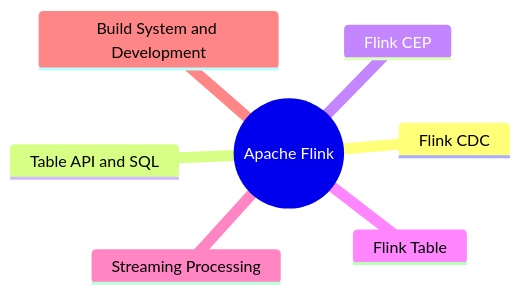
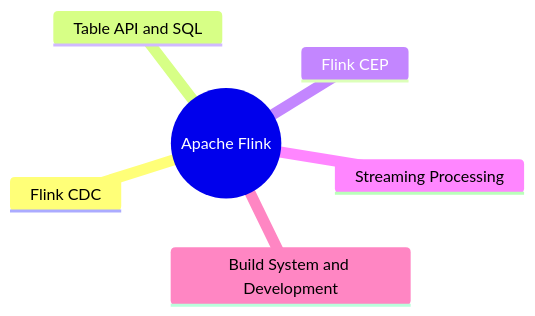
One commit to xuf-95/xufei.biz changed the diagram in content/bigdata/Apache Flink/index.md. Above: the diagram before and after it, drawn with Mermaid. The commit also changed 3 other files, not shown here.

````diff
--- a/content/bigdata/Apache Flink/index.md
+++ b/content/bigdata/Apache Flink/index.md
@@ -9,10 +9,9 @@
 ```mermaid
 mindmap
   root((Apache Flink))
     Flink CDC
     Table API and SQL
     Flink CEP
-    Flink Table
     Streaming Processing
     Build System and Development
 ```
````
